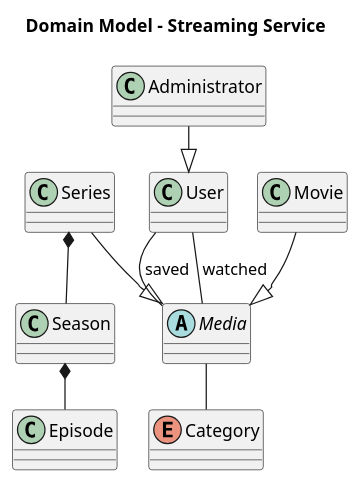
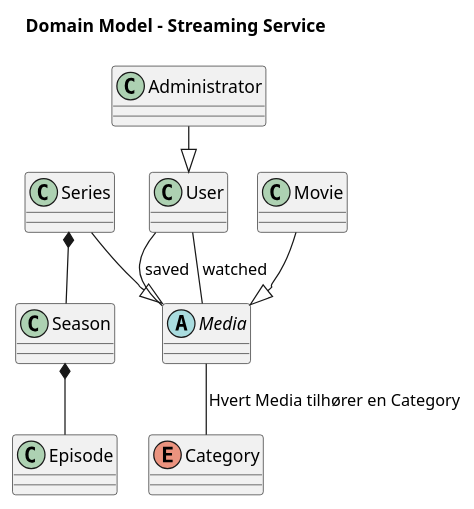
One commit to Borntofart/DAT-1.-semester---SP3---streaming-tjeneste changed the diagram in doc/domæne.puml. Above: the diagram before and after it, drawn with PlantUML.

Commit message:
opdateret domænemodel

```diff
--- a/doc/domæne.puml
+++ b/doc/domæne.puml
@@ -1,29 +1,29 @@
 @startuml
 !pragma layout smetana
 
 title Domain Model - Streaming Service
 
 abstract class Media
 class Movie
 class Series
 class Season
 class Episode
 class User
 class Administrator
 enum Category
 
-' ===== Arv =====
+'Arv'
 Movie --|> Media
 Series --|> Media
 Administrator --|> User
 
-' ===== Relationer =====
+'Relationer'
 Series *-- Season
 Season *-- Episode
 
-Media -- Category
+Media -- Category : Hvert Media tilhører en Category
 
 User -- Media : watched
 User -- Media : saved
 
 @enduml
```
